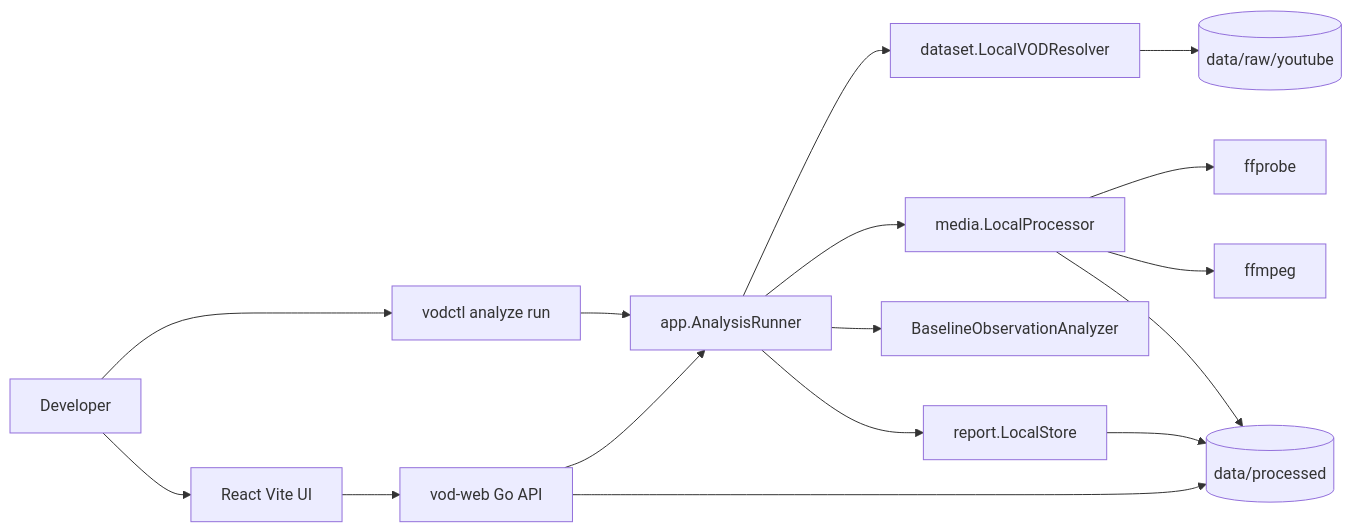
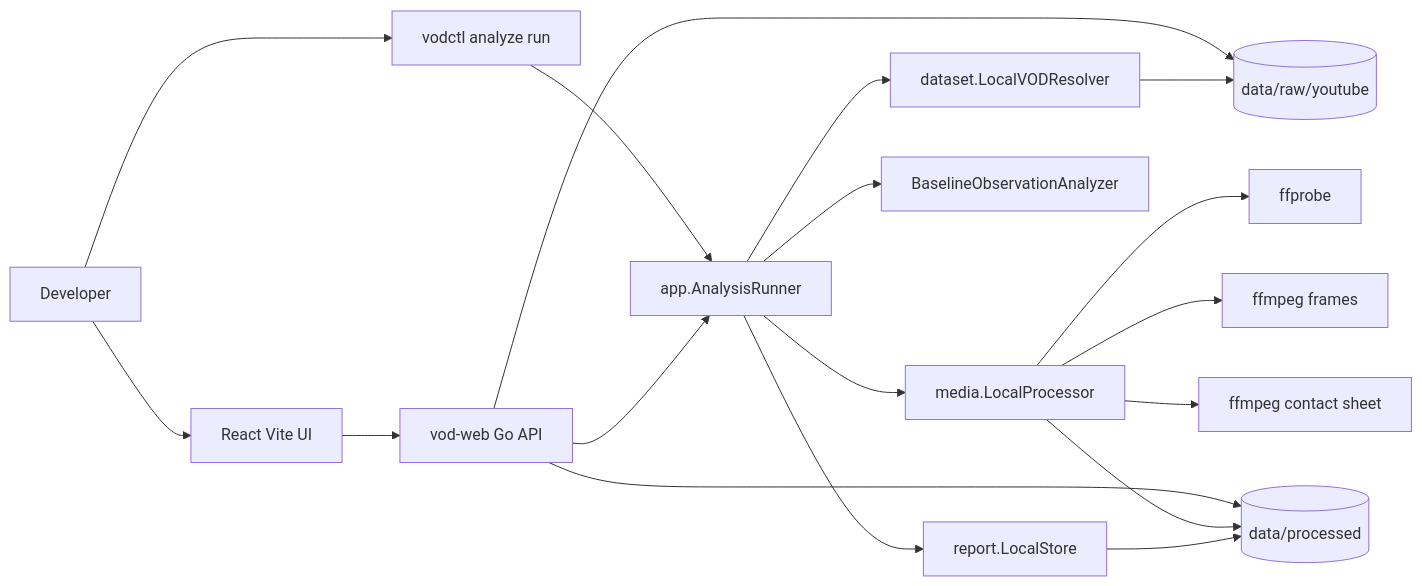
The first of 5 diagrams in docs/system-diagrams.md (Asklit/valorant-vod-coach), drawn with Mermaid before and after one commit. The commit also changed 17 other files, not shown here.

````diff
--- a/docs/system-diagrams.md
+++ b/docs/system-diagrams.md
@@ -13,32 +13,35 @@
 ```mermaid
 flowchart LR
   user[Developer]
   cli[vodctl analyze run]
   ui[React Vite UI]
   api[vod-web Go API]
   runner[app.AnalysisRunner]
   resolver[dataset.LocalVODResolver]
   media[media.LocalProcessor]
   ffprobe[ffprobe]
-  ffmpeg[ffmpeg]
+  frames[ffmpeg frames]
+  sheet[ffmpeg contact sheet]
   baseline[BaselineObservationAnalyzer]
   report[report.LocalStore]
   raw[(data/raw/youtube)]
   processed[(data/processed)]
 
   user --> cli
   user --> ui
   ui --> api
+  api --> raw
   cli --> runner
   api --> runner
   api --> processed
   runner --> resolver
   resolver --> raw
   runner --> media
   media --> ffprobe
-  media --> ffmpeg
+  media --> frames
+  media --> sheet
   media --> processed
   runner --> baseline
   runner --> report
   report --> processed
 ```
````
